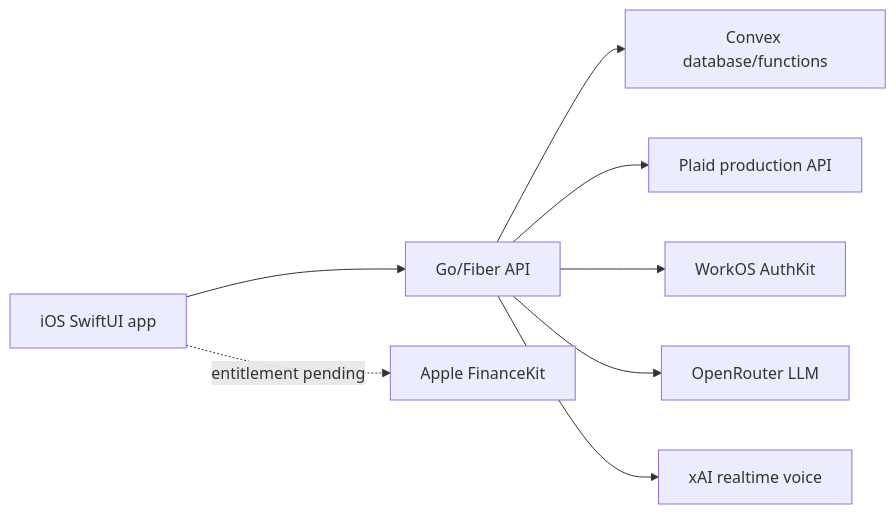
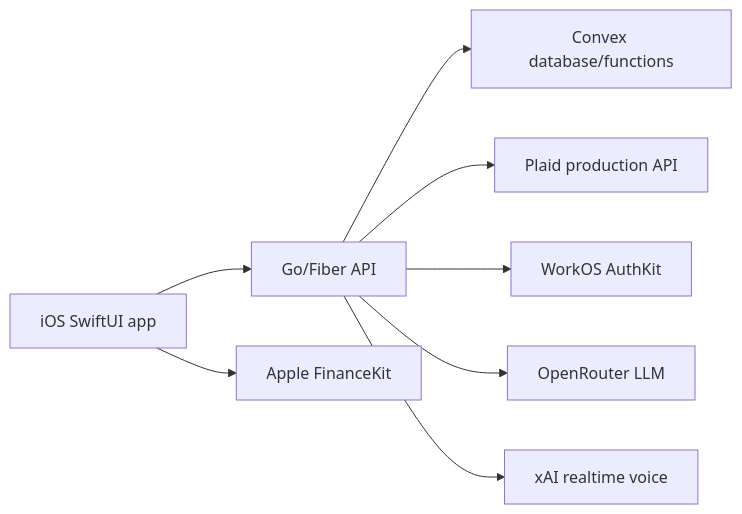
Before and after one commit to InfinityZ25/budget-app: the diagram in README.md, drawn with Mermaid. The commit also changed other lines of this file and 24 other files, not shown here.

````diff
--- a/README.md
+++ b/README.md
@@ -9,10 +9,10 @@
 ```mermaid
 flowchart LR
   iOS["iOS SwiftUI app"] --> API["Go/Fiber API"]
   API --> Convex["Convex database/functions"]
   API --> Plaid["Plaid production API"]
   API --> WorkOS["WorkOS AuthKit"]
   API --> OpenRouter["OpenRouter LLM"]
   API --> XAI["xAI realtime voice"]
-  iOS -. entitlement pending .-> FinanceKit["Apple FinanceKit"]
+  iOS --> FinanceKit["Apple FinanceKit"]
 ```
````
